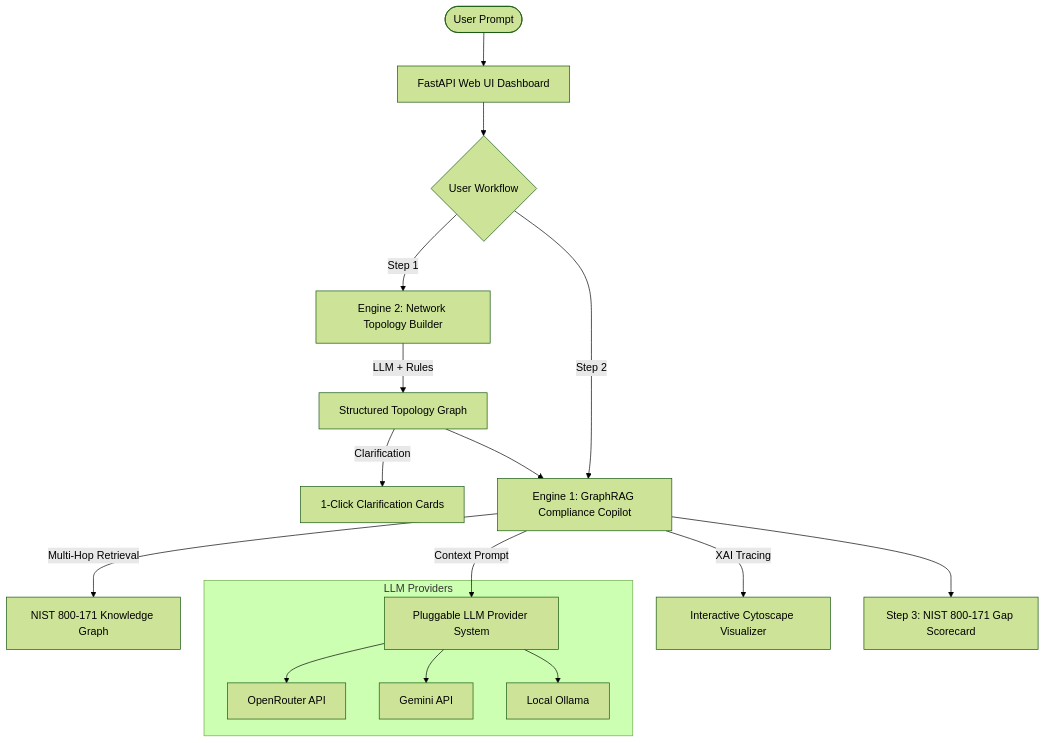
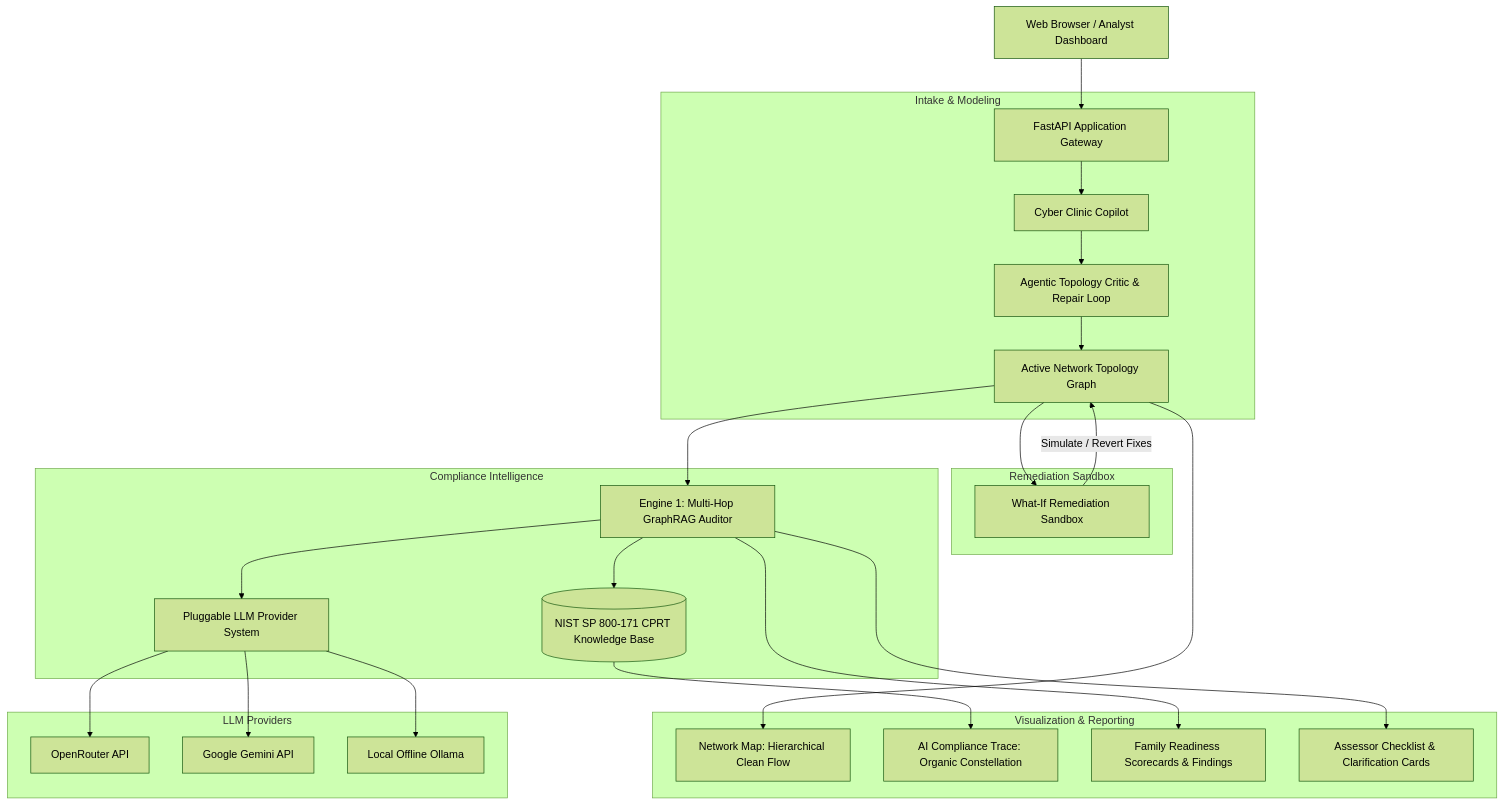
The diagram in README.md (24alexl/GaRC), drawn with Mermaid (forest theme) before and after one commit. The commit also changed other lines of this file and 10 other files, not shown here.

````diff
--- a/README.md
+++ b/README.md
@@ -10,23 +24,34 @@
 ```mermaid
 graph TD
-    User([User Prompt]) --> Dashboard[FastAPI Web UI Dashboard]
-    Dashboard --> Choice{User Workflow}
+    Client[Web Browser / Analyst Dashboard] --> API[FastAPI Application Gateway]
     
-    Choice -->|Step 1| Engine2[Engine 2: Network Topology Builder]
-    Engine2 -->|LLM + Rules| TopologyGraph[Structured Topology Graph]
-    TopologyGraph -->|Clarification| Cards[1-Click Clarification Cards]
+    subgraph Intake & Modeling
+        API --> Copilot[Cyber Clinic Copilot]
+        Copilot --> Critic[Agentic Topology Critic & Repair Loop]
+        Critic --> ActiveTopo[Active Network Topology Graph]
+    end
     
-    Choice -->|Step 2| Engine1[Engine 1: GraphRAG Compliance Copilot]
-    TopologyGraph --> Engine1
-    Engine1 -->|Multi-Hop Retrieval| Neo4j[NIST 800-171 Knowledge Graph]
-    Engine1 -->|Context Prompt| LLMProvider[Pluggable LLM Provider System]
+    subgraph Remediation Sandbox
+        ActiveTopo --> Sandbox[What-If Remediation Sandbox]
+        Sandbox -->|Simulate / Revert Fixes| ActiveTopo
+    end
     
-    Engine1 -->|XAI Tracing| Cytoscape[Interactive Cytoscape Visualizer]
-    Engine1 --> Scorecard[Step 3: NIST 800-171 Gap Scorecard]
-
+    subgraph Compliance Intelligence
+        ActiveTopo --> Engine1[Engine 1: Multi-Hop GraphRAG Auditor]
+        Engine1 --> BaselineKG[(NIST SP 800-171 CPRT Knowledge Base)]
+        Engine1 --> PluggableLLM[Pluggable LLM Provider System]
+    end
+    
+    subgraph Visualization & Reporting
+        ActiveTopo --> NetMap[Network Map: Hierarchical Clean Flow]
+        BaselineKG --> XAITrace[AI Compliance Trace: Organic Constellation]
+        Engine1 --> Scorecard[Family Readiness Scorecards & Findings]
+        Engine1 --> AssessorChecklist[Assessor Checklist & Clarification Cards]
+    end
+    
     subgraph LLM Providers
-        LLMProvider --> OpenRouter[OpenRouter API]
-        LLMProvider --> Gemini[Gemini API]
-        LLMProvider --> Ollama[Local Ollama]
+        PluggableLLM --> OpenRouter[OpenRouter API]
+        PluggableLLM --> Gemini[Google Gemini API]
+        PluggableLLM --> Ollama[Local Offline Ollama]
     end
 ```
````
